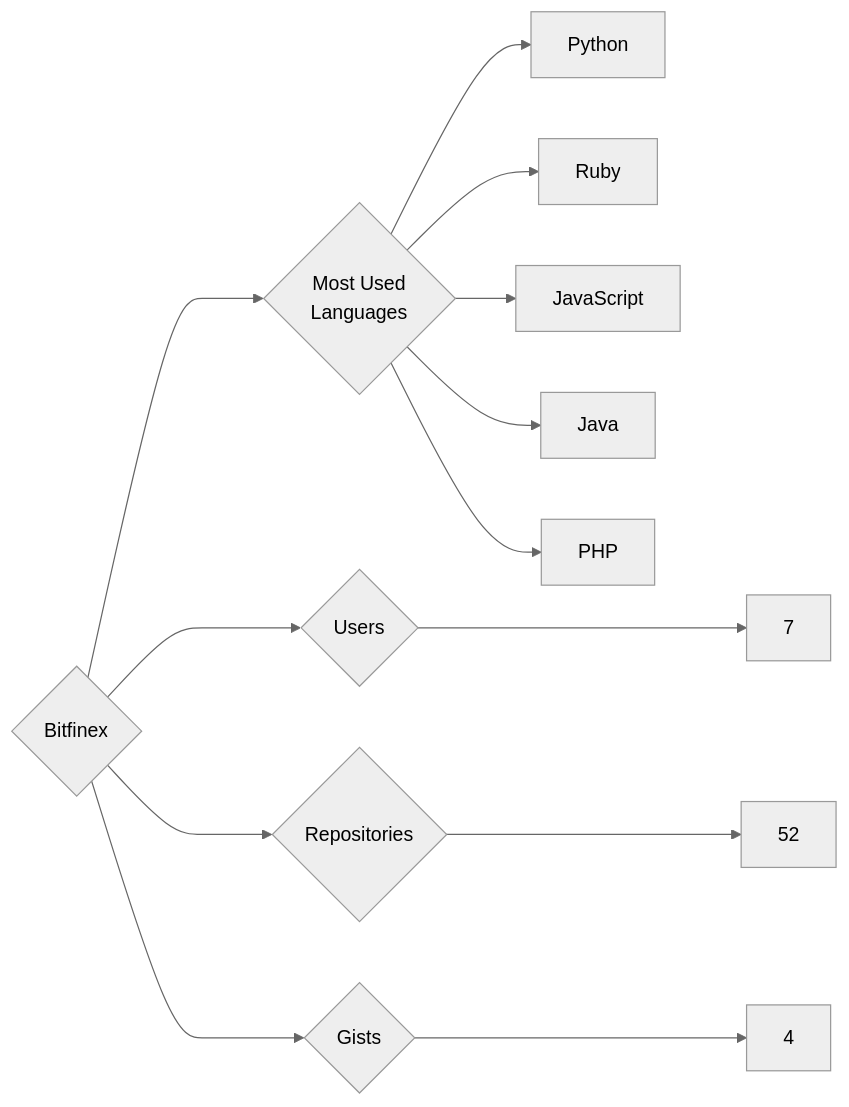
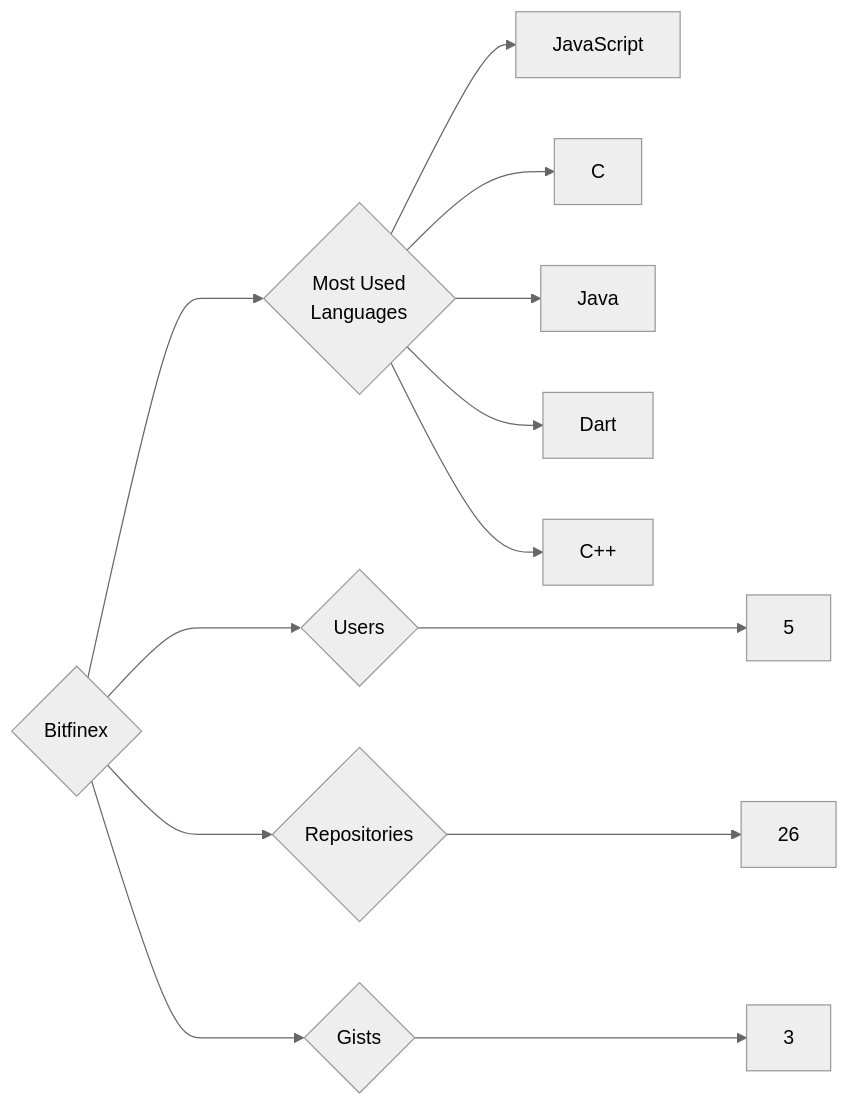
One commit to trickest/insiders changed the diagram in targets/Bitfinex/README.md. Above: the diagram before and after it, drawn with Mermaid (neutral theme). The commit also changed 1007 other files, not shown here.

````diff
--- a/targets/Bitfinex/README.md
+++ b/targets/Bitfinex/README.md
@@ -3,13 +3,13 @@
 ```mermaid
 graph LR
 COMPANY_NAME{Bitfinex}
-COMPANY_NAME ---> U{Users} ---> UN[7]
-COMPANY_NAME ---> R{Repositories} ---> RN[52]
-COMPANY_NAME ---> G{Gists} ---> GN[4]
+COMPANY_NAME ---> U{Users} ---> UN[5]
+COMPANY_NAME ---> R{Repositories} ---> RN[26]
+COMPANY_NAME ---> G{Gists} ---> GN[3]
 COMPANY_NAME ---> ML{Most Used<br>Languages}
-ML --> Python[Python]
-ML --> Ruby[Ruby]
 ML --> JavaScript[JavaScript]
+ML --> C[C]
 ML --> Java[Java]
-ML --> PHP[PHP]
+ML --> Dart[Dart]
+ML --> C++[C++]
 ```
````
